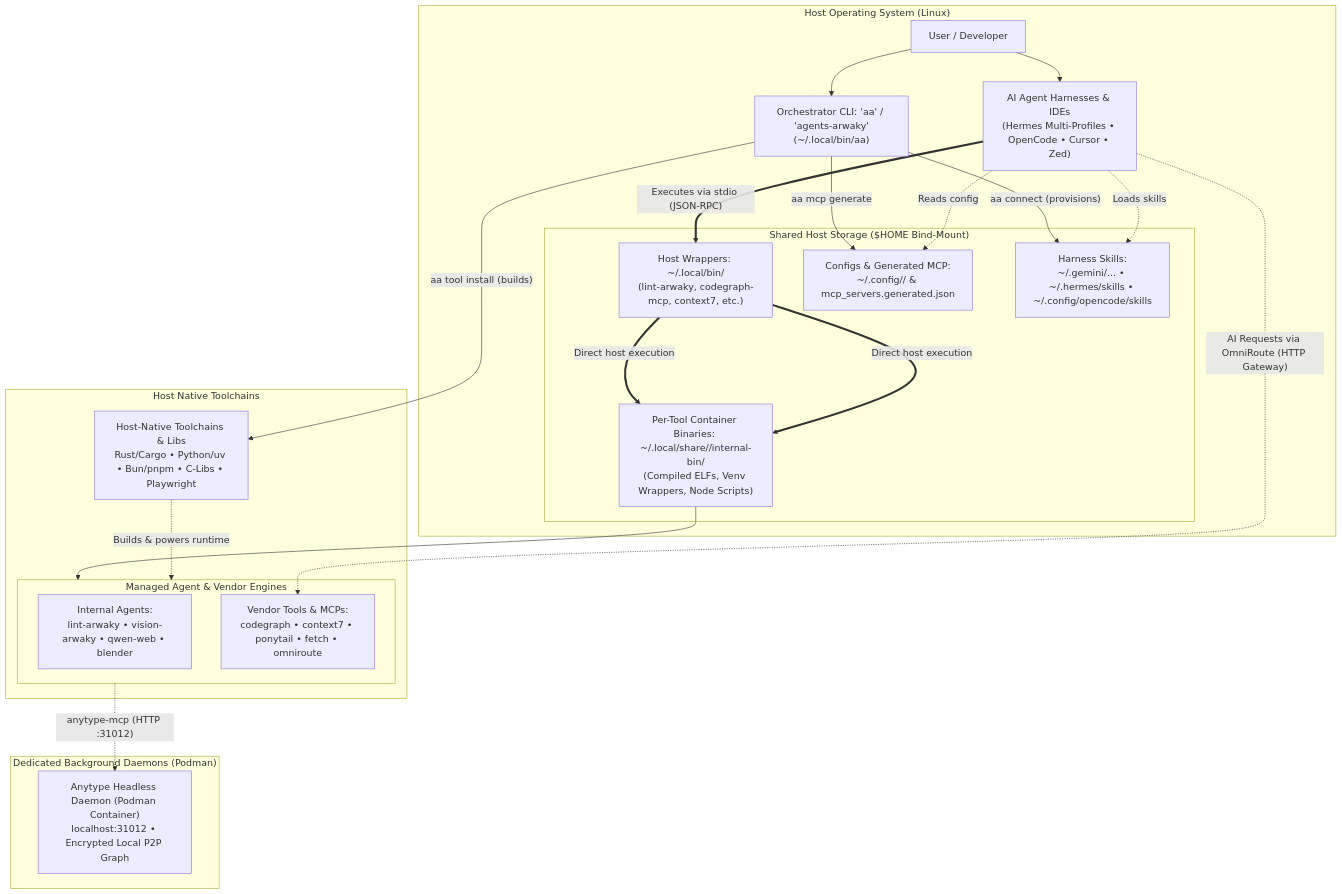
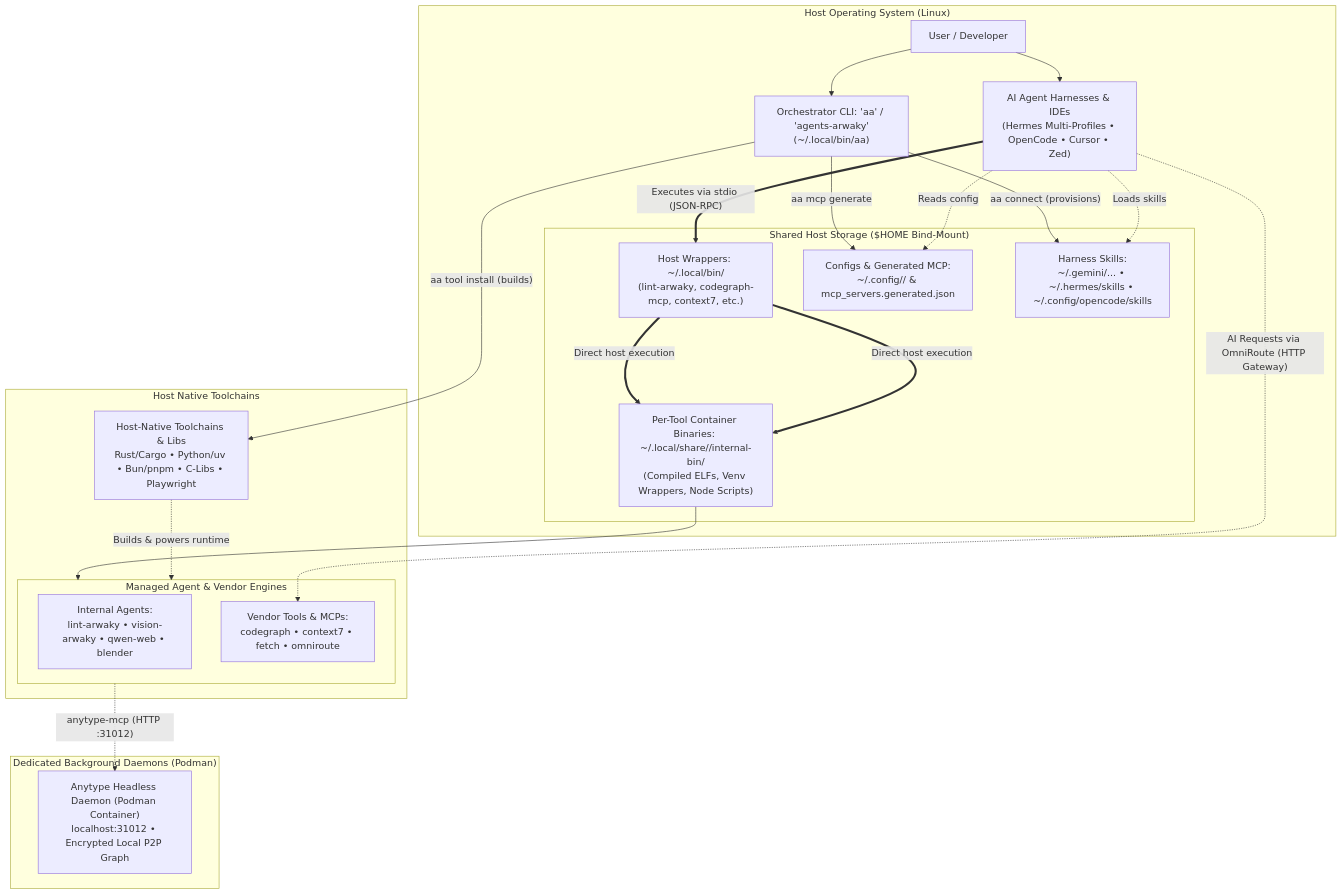
Before and after one commit to rakaarwaky/agents-arwaky: the diagram in README.md, drawn with Mermaid. The commit also changed other lines of this file and 10 other files, not shown here.

First line of the commit message:
chore(vendor): remove ponytail tool and submodule (#31)

````diff
--- a/README.md
+++ b/README.md
@@ -28,52 +28,52 @@
 ```mermaid
 flowchart TB
     subgraph HostOS["Host Operating System (Linux)"]
         User["User / Developer"]
         Harnesses["AI Agent Harnesses & IDEs\n(Hermes Multi-Profiles • OpenCode • Cursor • Zed)"]
         CLI["Orchestrator CLI: 'aa' / 'agents-arwaky'\n(~/.local/bin/aa)"]
       
         subgraph XDGShared["Shared Host Storage ($HOME Bind-Mount)"]
             Launchers["Host Wrappers: ~/.local/bin/\n(lint-arwaky, codegraph-mcp, context7, etc.)"]
             InternalBin["Per-Tool Container Binaries: ~/.local/share/<tool>/internal-bin/\n(Compiled ELFs, Venv Wrappers, Node Scripts)"]
             XDGConfigs["Configs & Generated MCP:\n~/.config/<tool>/ & mcp_servers.generated.json"]
             XDGSkills["Harness Skills:\n~/.gemini/... • ~/.hermes/skills • ~/.config/opencode/skills"]
         end
     end
 
     subgraph HostToolchain["Host Native Toolchains"]
         IsolatedRuntimes["Host-Native Toolchains & Libs\nRust/Cargo • Python/uv • Bun/pnpm • C-Libs • Playwright"]
 
         subgraph AgentsAndTools["Managed Agent & Vendor Engines"]
             InternalAgents["Internal Agents:\nlint-arwaky • vision-arwaky • qwen-web • blender"]
-            VendorTools["Vendor Tools & MCPs:\ncodegraph • context7 • ponytail • fetch • omniroute"]
+            VendorTools["Vendor Tools & MCPs:\ncodegraph • context7 • fetch • omniroute"]
         end
     end
 
     subgraph SidecarServices["Dedicated Background Daemons (Podman)"]
         AnytypeDaemon["Anytype Headless Daemon (Podman Container)\nlocalhost:31012 • Encrypted Local P2P Graph"]
     end
 
     %% User & CLI interactions
     User --> CLI
     User --> Harnesses
     CLI -- "aa connect (provisions)" --> XDGSkills
     CLI -- "aa mcp generate" --> XDGConfigs
     CLI -- "aa tool install (builds)" --> IsolatedRuntimes
 
     %% Host-native execution
     Launchers == "Direct host execution" ==> InternalBin
 
     %% Harness interactions
     Harnesses -. "Reads config" .-> XDGConfigs
     Harnesses -. "Loads skills" .-> XDGSkills
     Harnesses == "Executes via stdio (JSON-RPC)" ==> Launchers
 
     %% Host-native execution
     Launchers == "Direct host execution" ==> InternalBin
     InternalBin --> AgentsAndTools
     IsolatedRuntimes -. "Builds & powers runtime" .-> AgentsAndTools
 
     %% Daemons & Services
     AgentsAndTools -. "anytype-mcp (HTTP :31012)" .-> AnytypeDaemon
     Harnesses -. "AI Requests via OmniRoute (HTTP Gateway)" .-> VendorTools
 ```
````
